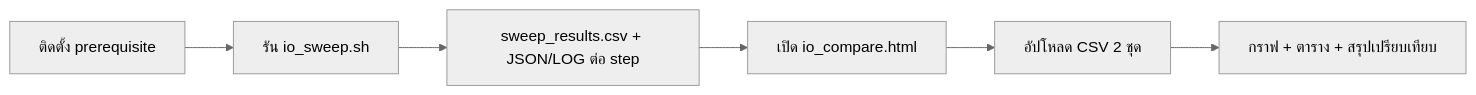
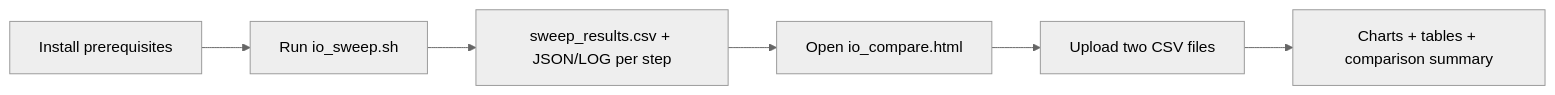
The diagram in README.md (goasutlor/io_perf_test), drawn with Mermaid (neutral theme) before and after one commit. The commit also changed other lines of this file, not shown here.

````diff
--- a/README.md
+++ b/README.md
@@ -11,8 +11,8 @@
 ```mermaid
 flowchart LR
-  A[ติดตั้ง prerequisite] --> B[รัน io_sweep.sh]
-  B --> C[sweep_results.csv + JSON/LOG ต่อ step]
-  C --> D[เปิด io_compare.html]
-  D --> E[อัปโหลด CSV 2 ชุด]
-  E --> F[กราฟ + ตาราง + สรุปเปรียบเทียบ]
+  A[Install prerequisites] --> B[Run io_sweep.sh]
+  B --> C[sweep_results.csv + JSON/LOG per step]
+  C --> D[Open io_compare.html]
+  D --> E[Upload two CSV files]
+  E --> F[Charts + tables + comparison summary]
 ```
````
